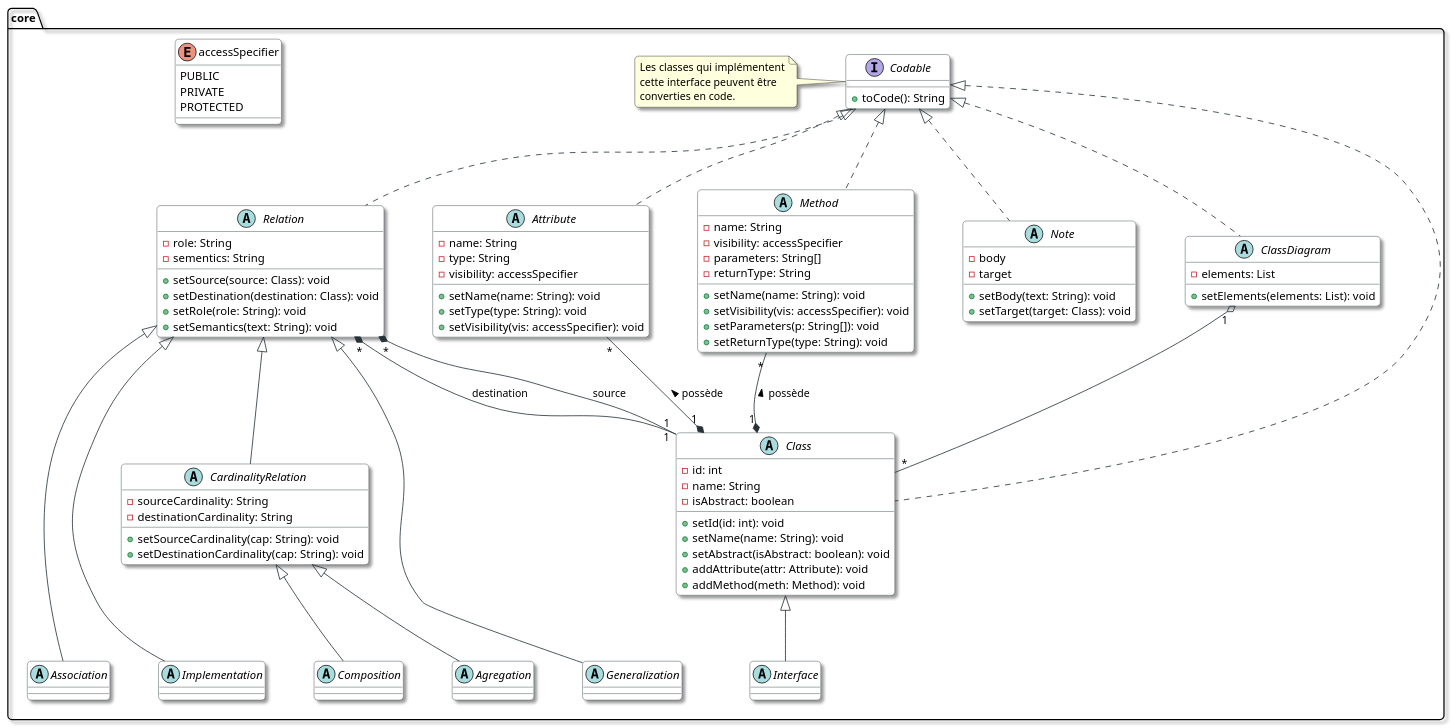
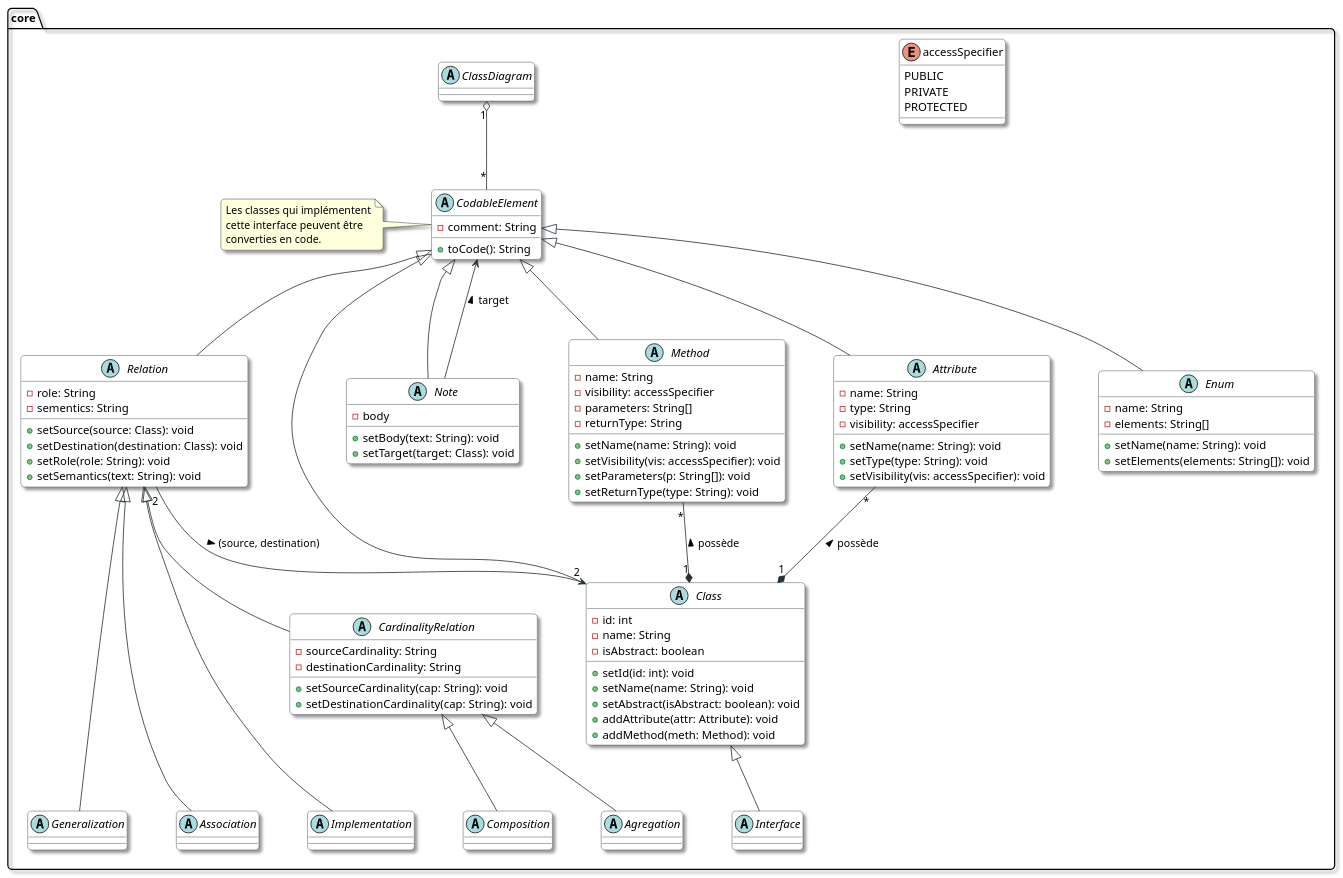
Before and after one commit to bobbysenior/uml2code-mirror: the diagram in core/core_diagram.puml, drawn with PlantUML. The commit also changed 1 other file, not shown here.

```diff
--- a/core/core_diagram.puml
+++ b/core/core_diagram.puml
@@ -1,120 +1,125 @@
 @startuml
 ' --- Paramètres esthétiques ---
 skinparam shadowing true
 skinparam roundcorner 10
 skinparam nodesep 60
 skinparam ranksep 80
 skinparam class {
     BackgroundColor White
     ArrowColor #263238
     BorderColor #263238
 }
 
 package core {
 
-    interface Codable {
+    abstract class CodableElement {
+        - comment: String
         + toCode(): String
     }
 
-    ' Regroupement des éléments structurels
     together {
         abstract class Class {
             - id: int
             - name: String
             - isAbstract: boolean
             + setId(id: int): void
             + setName(name: String): void
             + setAbstract(isAbstract: boolean): void
             + addAttribute(attr: Attribute): void
             + addMethod(meth: Method): void
         }
 
         abstract class Method {
             - name: String
             - visibility: accessSpecifier
             - parameters: String[]
             - returnType: String
             + setName(name: String): void
             + setVisibility(vis: accessSpecifier): void
             + setParameters(p: String[]): void
             + setReturnType(type: String): void
         }
 
         abstract class Attribute {
             - name: String
             - type: String
             - visibility: accessSpecifier
             + setName(name: String): void
             + setType(type: String): void
             + setVisibility(vis: accessSpecifier): void
         }
+        
+        abstract class Enum {
+          - name: String
+          - elements: String[]
+          +setName(name: String): void
+          +setElements(elements: String[]): void
+        }
+        
     }
 
     enum accessSpecifier {
         PUBLIC
         PRIVATE
         PROTECTED
     }
 
     abstract class ClassDiagram {
-        - elements: List
-        + setElements(elements: List): void
+
     }
 
-    ' Hiérarchie des relations
     abstract class Relation {
         - role: String
         - sementics: String
         + setSource(source: Class): void
         + setDestination(destination: Class): void
         + setRole(role: String): void
         + setSemantics(text: String): void
     }
 
     abstract class CardinalityRelation extends Relation {
         - sourceCardinality: String
         - destinationCardinality: String
         + setSourceCardinality(cap: String): void
         + setDestinationCardinality(cap: String): void
     }
 
     together {
         abstract class Generalization extends Relation
         abstract class Association extends Relation
         abstract class Implementation extends Relation
         abstract class Agregation extends CardinalityRelation
         abstract class Composition extends CardinalityRelation
     }
 
     abstract class Note {
         - body
-        - target
         + setBody(text: String): void
         + setTarget(target: Class): void
     }
 
     abstract class Interface extends Class
 
     ' --- Relations et Mise en page ---
 
-    ' On force Codable en haut
-    ClassDiagram .up.|> Codable
-    Class .up.|> Codable
-    Method .up.|> Codable
-    Attribute .up.|> Codable
-    Relation .up.|> Codable
-    Note .up.|> Codable
+    Class -up-|> CodableElement
+    Method -up-|> CodableElement
+    Attribute -up-|> CodableElement
+    Relation -up-|> CodableElement
+    Note -up-|> CodableElement
+    Enum -up-|> CodableElement
 
     ' Organisation interne de Class
     Attribute "*" --* "1" Class : possède <
     Method "*" --* "1" Class : possède <
 
     ' Relations vers Class
-    Relation "*" *-- "1" Class : source
-    Relation "*" *-- "1" Class : destination
+    Relation "2" --> "2" Class : (source, destination) > 
 
-    ClassDiagram "1" o-- "*" Class
+    ClassDiagram "1" o-- "*" CodableElement
+    
+    Note --> CodableElement : target >
 
-    note left of Codable : Les classes qui implémentent\ncette interface peuvent être\nconverties en code.
+    note left of CodableElement : Les classes qui implémentent\ncette interface peuvent être\nconverties en code.
 }
 @enduml
```
